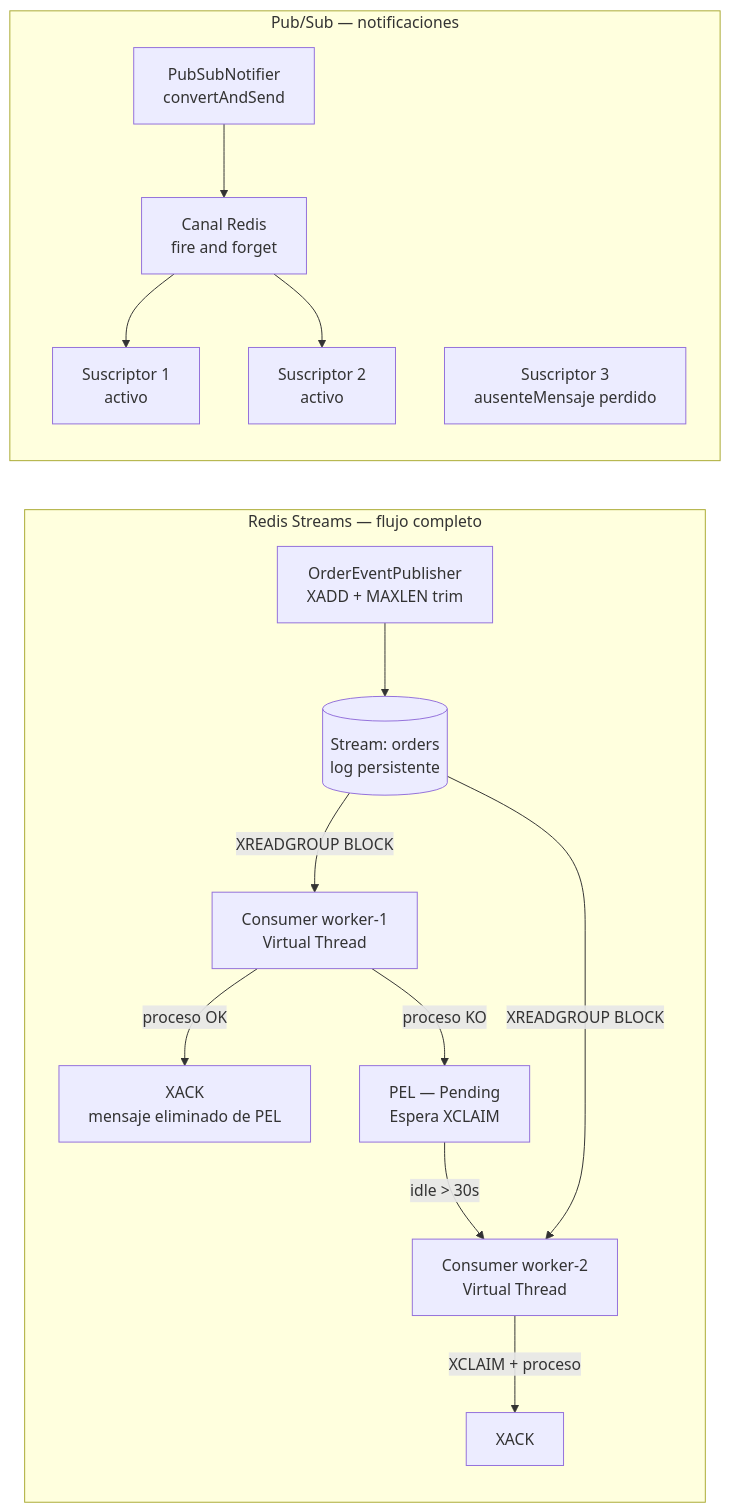
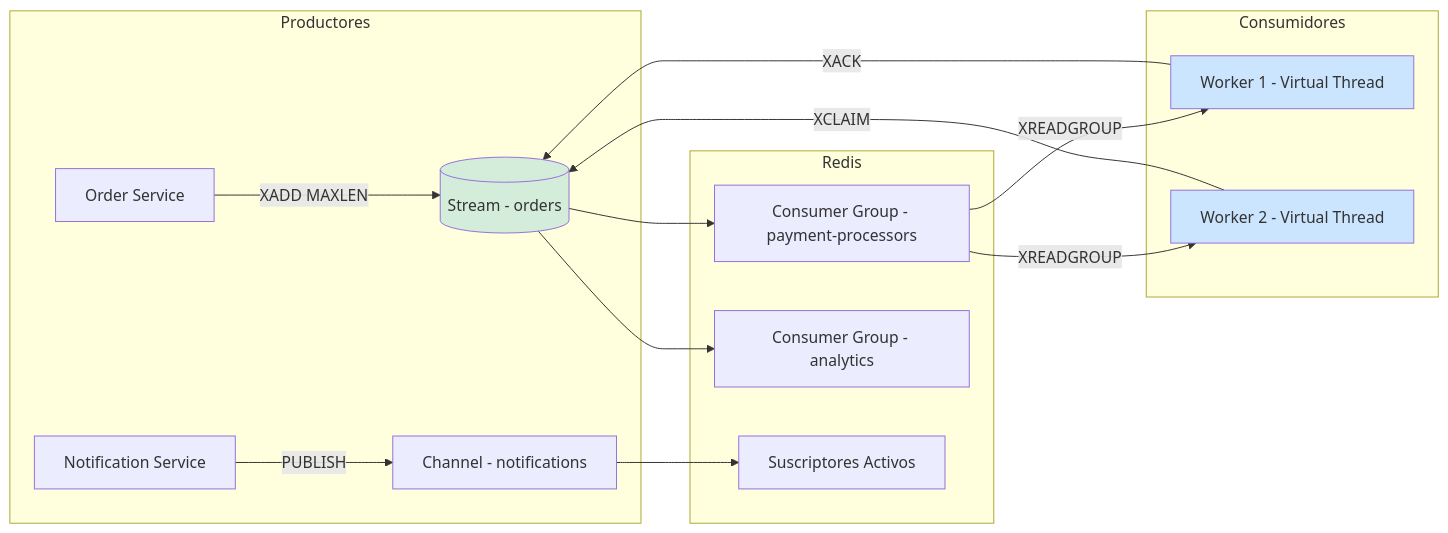
One commit to Joaquinriosheredia/DAM-Java-Mastery changed the second of 4 diagrams in 04_Bases_de_Datos/redis_avanzado_streams_pubsub_y_patrones_de_mensajeria_STAFF.md. Above: the diagram before and after it, drawn with Mermaid. The commit also changed other lines of this file, not shown here.

Commit message:
redis_avanzado_streams_pubsub_y_patrones_de_mensajeria_STAFF.md

````diff
--- a/04_Bases_de_Datos/redis_avanzado_streams_pubsub_y_patrones_de_mensajeria_STAFF.md
+++ b/04_Bases_de_Datos/redis_avanzado_streams_pubsub_y_patrones_de_mensajeria_STAFF.md
@@ -546,19 +102,24 @@
 ```mermaid
 graph LR
-    subgraph "Redis Streams — flujo completo"
-        PROD[OrderEventPublisher\nXADD + MAXLEN trim] --> STREAM[(Stream: orders\nlog persistente)]
-        STREAM -->|XREADGROUP BLOCK| C1[Consumer worker-1\nVirtual Thread]
-        STREAM -->|XREADGROUP BLOCK| C2[Consumer worker-2\nVirtual Thread]
-        C1 -->|proceso OK| ACK1[XACK\nmensaje eliminado de PEL]
-        C1 -->|proceso KO| PEL[PEL — Pending\nEspera XCLAIM]
-        PEL -->|idle > 30s| C2
-        C2 -->|XCLAIM + proceso| ACK2[XACK]
+    subgraph "Productores"
+        SVC[Order Service] -->|XADD MAXLEN| STREAM[(Stream - orders)]
+        NOTIF[Notification Service] -->|PUBLISH| CHANNEL[Channel - notifications]
     end
-
-    subgraph "Pub/Sub — notificaciones"
-        NOTIF[PubSubNotifier\nconvertAndSend] --> CHAN[Canal Redis\nfire and forget]
-        CHAN --> S1[Suscriptor 1\nactivo]
-        CHAN --> S2[Suscriptor 2\nactivo]
-        NOTE[Suscriptor 3\nausenteMensaje perdido]
+    
+    subgraph "Redis"
+        STREAM --> CG[Consumer Group - payment-processors]
+        STREAM --> CG2[Consumer Group - analytics]
+        CHANNEL --> SUB[Suscriptores Activos]
     end
+    
+    subgraph "Consumidores"
+        CG -->|XREADGROUP| W1[Worker 1 - Virtual Thread]
+        CG -->|XREADGROUP| W2[Worker 2 - Virtual Thread]
+        W1 -->|XACK| STREAM
+        W2 -->|XCLAIM| STREAM
+    end
+    
+    style STREAM fill:#d4edda
+    style W1 fill:#cce5ff
+    style W2 fill:#cce5ff
 ```
````
